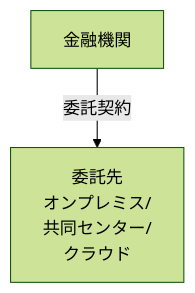
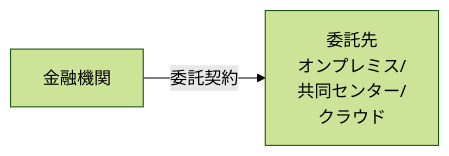
Before and after one commit to ktrysmt/ktrysmt.github.io: the second of 3 diagrams in _posts/2026-04-03-fisc-structure-guide.md, drawn with Mermaid (forest theme). The commit also changed other lines of this file and 1 other file, not shown here.

````diff
--- a/_posts/2026-04-03-fisc-structure-guide.md
+++ b/_posts/2026-04-03-fisc-structure-guide.md
@@ -244,4 +225,4 @@
 ```mermaid
-graph TD
+graph LR
     FI["金融機関"] -->|"委託契約"| V["委託先<br>オンプレミス/<br>共同センター/<br>クラウド"]
 ```
````
